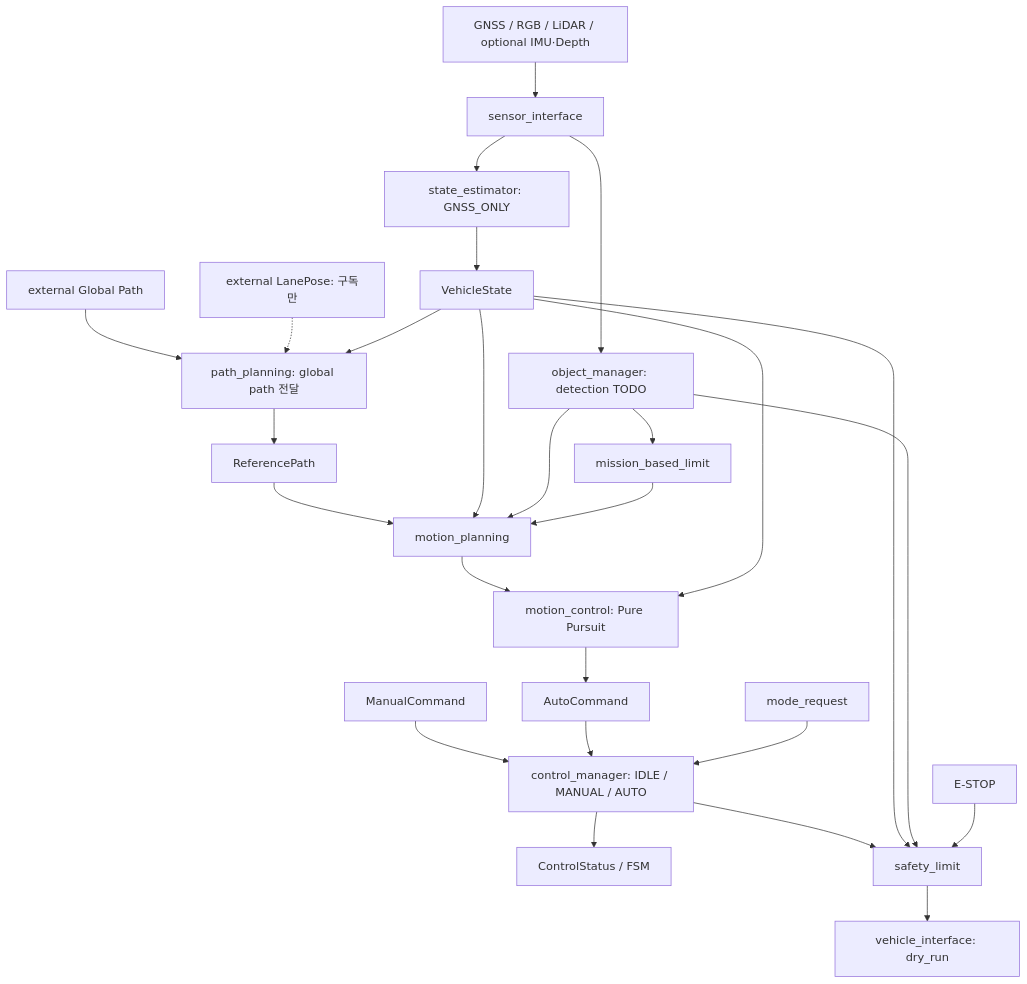
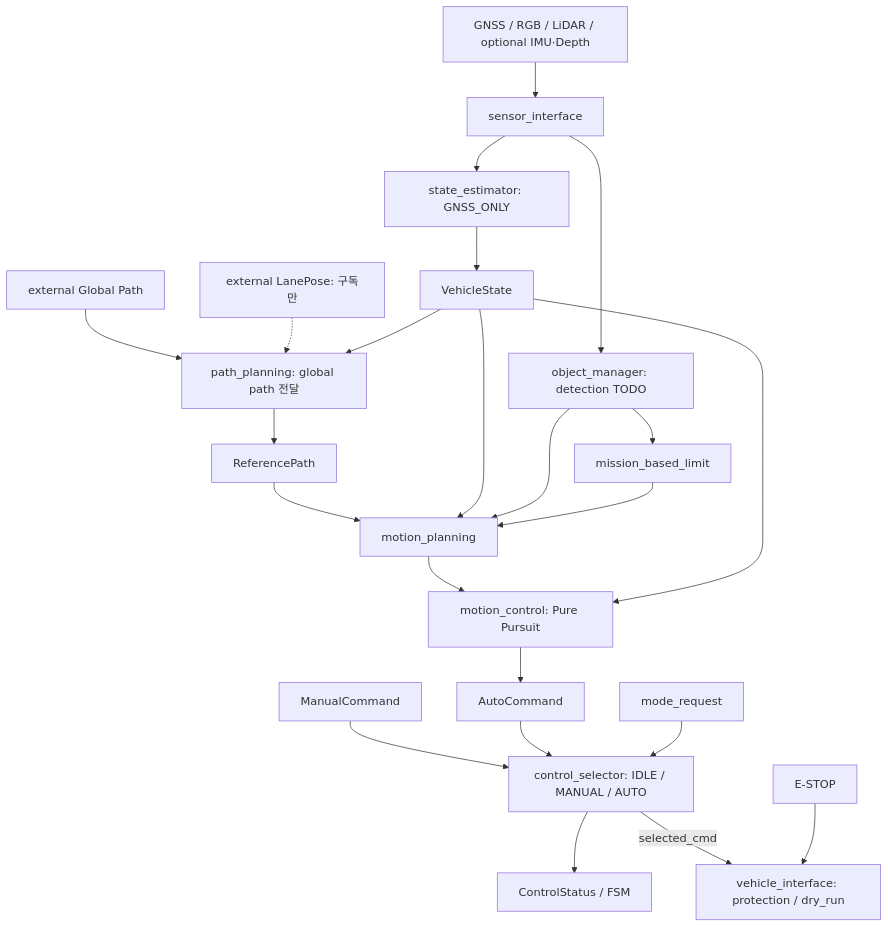
Before and after one commit to planta223/control_manager: the first of 4 diagrams in doc/guidance_modes.md, drawn with Mermaid. The commit also changed other lines of this file and 24 other files, not shown here.

Commit message:
control selector 이름변경 및 safety limit 기능이전

````diff
--- a/doc/guidance_modes.md
+++ b/doc/guidance_modes.md
@@ -11,28 +11,25 @@
 ```mermaid
 flowchart TD
   S[GNSS / RGB / LiDAR / optional IMU·Depth] --> SI[sensor_interface]
   SI --> E[state_estimator: GNSS_ONLY]
   SI --> O[object_manager: detection TODO]
   E --> V[VehicleState]
   G[external Global Path] --> P[path_planning: global path 전달]
   L[external LanePose: 구독만] -.-> P
   V --> P
   P --> R[ReferencePath]
   O --> M[mission_based_limit]
   R --> MP[motion_planning]
   V --> MP
   O --> MP
   M --> MP
   MP --> MC[motion_control: Pure Pursuit]
   V --> MC
   MC --> A[AutoCommand]
-  U[ManualCommand] --> CM[control_manager: IDLE / MANUAL / AUTO]
+  U[ManualCommand] --> CM[control_selector: IDLE / MANUAL / AUTO]
   A --> CM
   Q[mode_request] --> CM
   CM --> ST[ControlStatus / FSM]
-  CM --> SL[safety_limit]
-  V --> SL
-  O --> SL
-  ES[E-STOP] --> SL
-  SL --> VI[vehicle_interface: dry_run]
+  CM -->|selected_cmd| VI[vehicle_interface: protection / dry_run]
+  ES[E-STOP] --> VI
 ```
````
